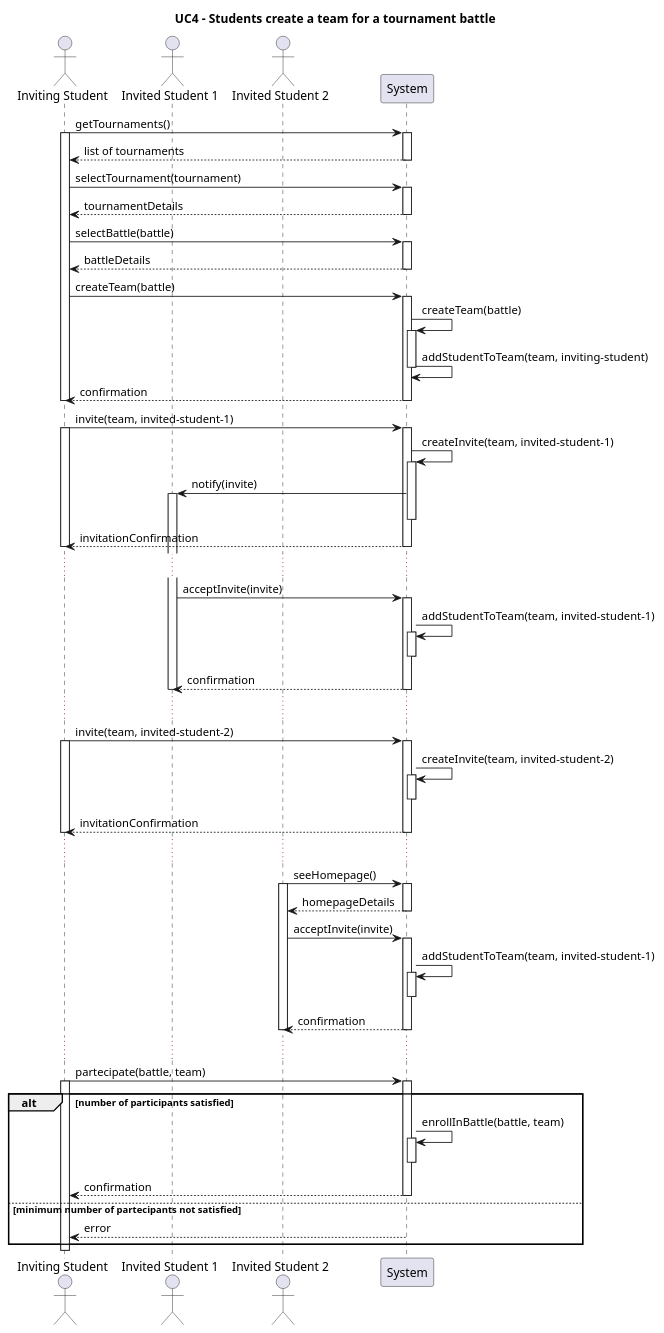
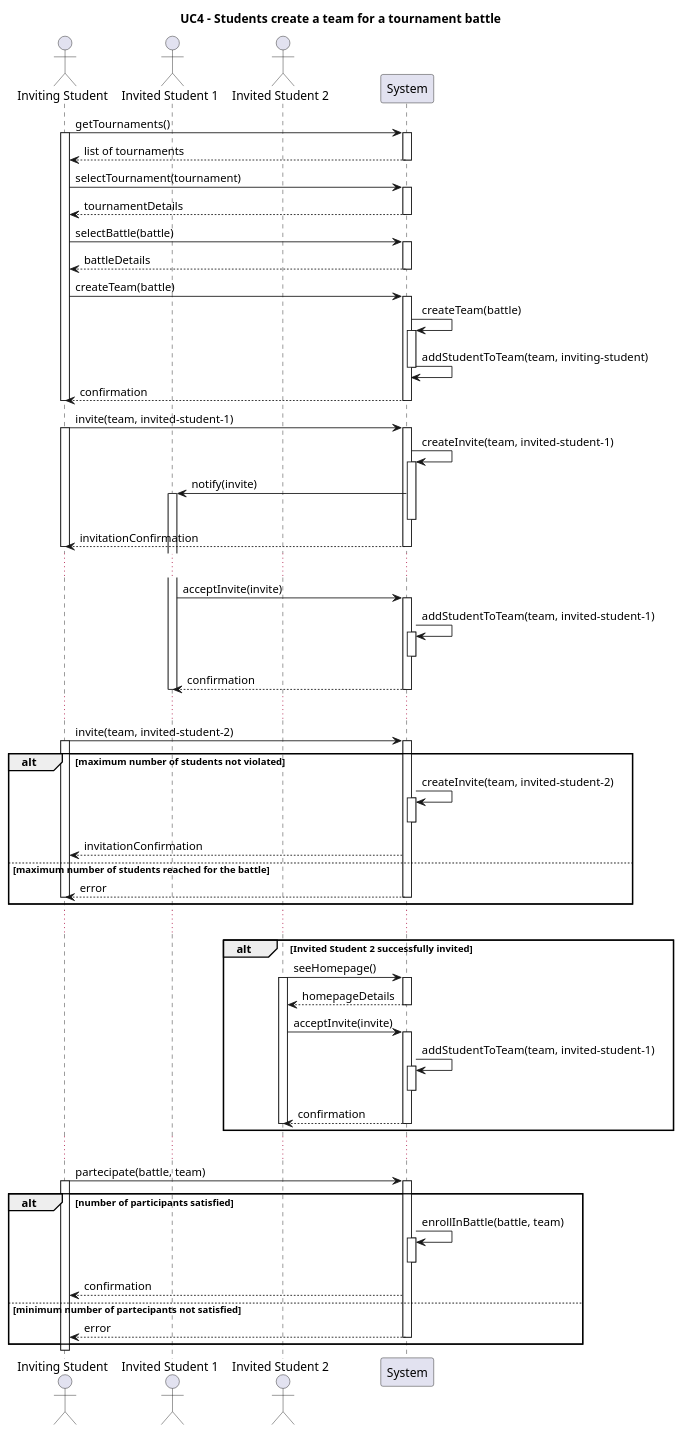
Before and after one commit to Furrrlo/CodeKataBattle: the diagram in rasd/puml/UC4.puml, drawn with PlantUML. The commit also changed 1 other file, not shown here.

```diff
--- a/rasd/puml/UC4.puml
+++ b/rasd/puml/UC4.puml
@@ -1,68 +1,75 @@
 @startuml UC4
 title UC4 - Students create a team for a tournament battle   
 actor "Inviting Student" as inviting
 actor "Invited Student 1" as notif
 actor "Invited Student 2" as invited
 participant System
 
 inviting -> System ++: getTournaments()
 activate inviting
 System --> inviting--: list of tournaments
 
 inviting -> System ++ : selectTournament(tournament)
 
 inviting <-- System -- : tournamentDetails
 
 inviting -> System ++ : selectBattle(battle)
 inviting <-- System -- : battleDetails
 
 inviting -> System ++ : createTeam(battle)
 System -> System ++ : createTeam(battle)
 System -> System -- : addStudentToTeam(team, inviting-student)
 inviting <-- System -- : confirmation
 deactivate inviting
 
 inviting -> System ++ : invite(team, invited-student-1)
 activate inviting
 System -> System ++ : createInvite(team, invited-student-1)
 notif <- System  ++-- : notify(invite)
 inviting <-- System -- : invitationConfirmation
 deactivate inviting
 
 ...
 
 notif -> System ++ : acceptInvite(invite)
 System -> System ++-- : addStudentToTeam(team, invited-student-1)
 notif <-- System -- : confirmation
 deactivate notif
 
 ...
 
 inviting -> System ++ : invite(team, invited-student-2)
-activate inviting
-System -> System ++-- : createInvite(team, invited-student-2)
-inviting <-- System -- : invitationConfirmation
-deactivate inviting
-...
+alt maximum number of students not violated
+        activate inviting
+        System -> System ++-- : createInvite(team, invited-student-2)
+        inviting <-- System  : invitationConfirmation
+        
+    else maximum number of students reached for the battle
+        inviting <-- System -- : error
+        deactivate inviting
+end
+    ...
 
-invited -> System ++ : seeHomepage()
-activate invited
-invited <-- System -- : homepageDetails
+alt Invited Student 2 successfully invited
+    invited -> System ++ : seeHomepage()
+    activate invited
+    invited <-- System -- : homepageDetails
 
-invited -> System ++ : acceptInvite(invite)
-System -> System ++-- : addStudentToTeam(team, invited-student-1)
-invited <-- System -- : confirmation
-deactivate invited
+    invited -> System ++ : acceptInvite(invite)
+    System -> System ++-- : addStudentToTeam(team, invited-student-1)
+    invited <-- System -- : confirmation
+    deactivate invited
+end
 
 ...
 inviting -> System ++ : partecipate(battle, team)
 alt number of participants satisfied
     activate inviting
     System -> System ++-- : enrollInBattle(battle, team)
-    inviting <-- System -- : confirmation
+    inviting <-- System : confirmation
 else minimum number of partecipants not satisfied
     inviting <-- System -- : error
 end
 deactivate inviting
 
 @enduml
```
